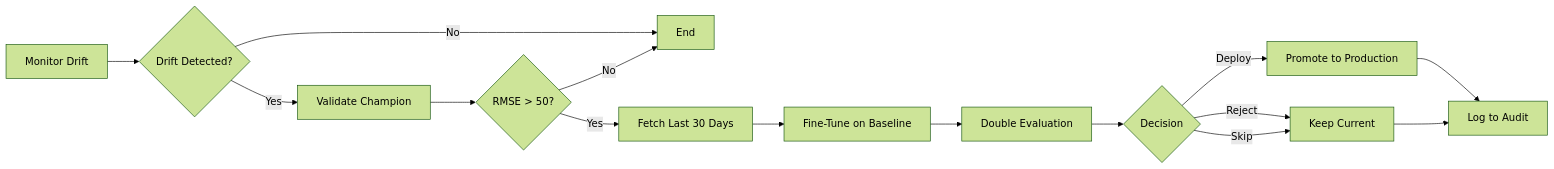
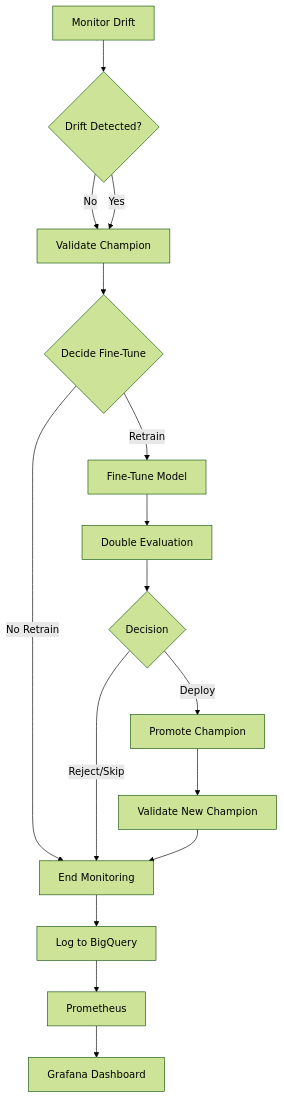
Before and after one commit to arthurcornelio88/bike-count-prediction-app: the diagram in docs/training_strategy.md, drawn with Mermaid (forest theme). The commit also changed other lines of this file and 5 other files, not shown here.

````diff
--- a/docs/training_strategy.md
+++ b/docs/training_strategy.md
@@ -209,17 +218,18 @@
 ```mermaid
-graph LR
+graph TB
     A[Monitor Drift] --> B{Drift Detected?}
-    B -->|No| C[End]
-    B -->|Yes| D[Validate Champion]
-    D --> E{RMSE > 50?}
-    E -->|No| C
-    E -->|Yes| F[Fetch Last 30 Days]
-    F --> G[Fine-Tune on Baseline]
-    G --> H[Double Evaluation]
-    H --> I{Decision}
-    I -->|Deploy| J[Promote to Production]
-    I -->|Reject| K[Keep Current]
-    I -->|Skip| K
-    J --> L[Log to Audit]
-    K --> L
+    B -->|No| C[Validate Champion]
+    B -->|Yes| C
+    C --> D{Decide Fine-Tune}
+    D -->|No Retrain| E[End Monitoring]
+    D -->|Retrain| F[Fine-Tune Model]
+    F --> G[Double Evaluation]
+    G --> H{Decision}
+    H -->|Deploy| I[Promote Champion]
+    H -->|Reject/Skip| E
+    I --> J[Validate New Champion]
+    J --> E
+    E --> K[Log to BigQuery]
+    K --> L[Prometheus]
+    L --> M[Grafana Dashboard]
 ```
````
